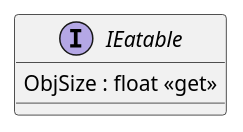
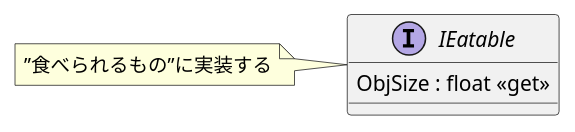
The diagram in plantuml/Eats/IEatable.puml (MainCastle1212/EverythingEater), drawn with PlantUML before and after one commit. The commit also changed 18 other files, not shown here.

```diff
--- a/plantuml/Eats/IEatable.puml
+++ b/plantuml/Eats/IEatable.puml
@@ -1,5 +1,6 @@
 @startuml
 interface IEatable {
     ObjSize : float <<get>>
 }
+note left of IEatable : ”食べられるもの”に実装する
 @enduml
```
